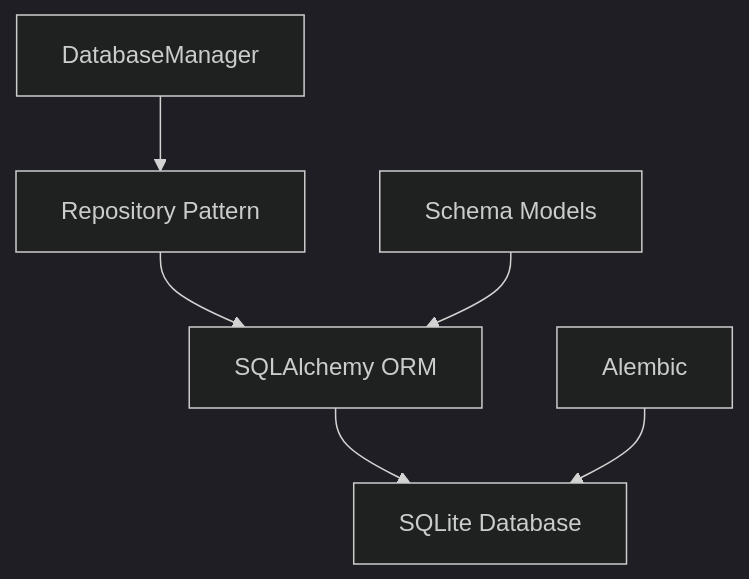
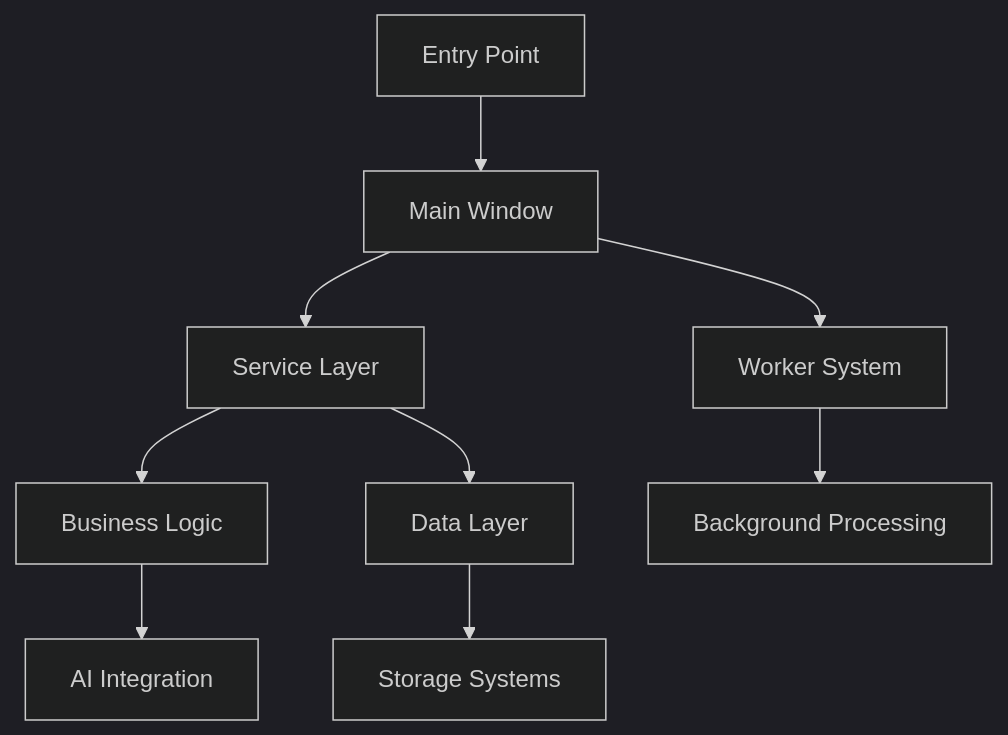
Before and after one commit to NEXTAltair/LoRAIro: the first of 2 diagrams in docs/architecture.md, drawn with Mermaid (dark theme). The commit also changed other lines of this file and 18 other files, not shown here.

````diff
--- a/docs/architecture.md
+++ b/docs/architecture.md
@@ -220,8 +44,11 @@
 ```mermaid
 graph TD
-    A[DatabaseManager] --> B[Repository Pattern]
-    B --> C[SQLAlchemy ORM]
-    C --> D[SQLite Database]
-    E[Alembic] --> D
-    F[Schema Models] --> C
+    A[Entry Point] --> B[Main Window]
+    B --> C[Service Layer]
+    B --> D[Worker System]
+    C --> E[Business Logic]
+    C --> F[Data Layer]
+    D --> G[Background Processing]
+    E --> H[AI Integration]
+    F --> I[Storage Systems]
 ```
````
